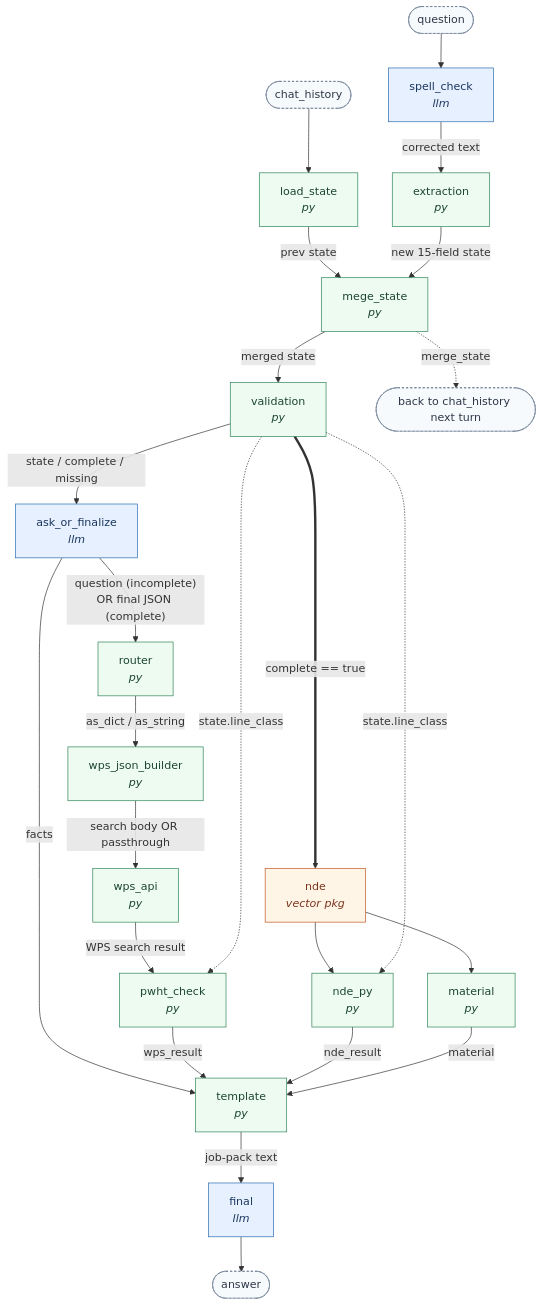
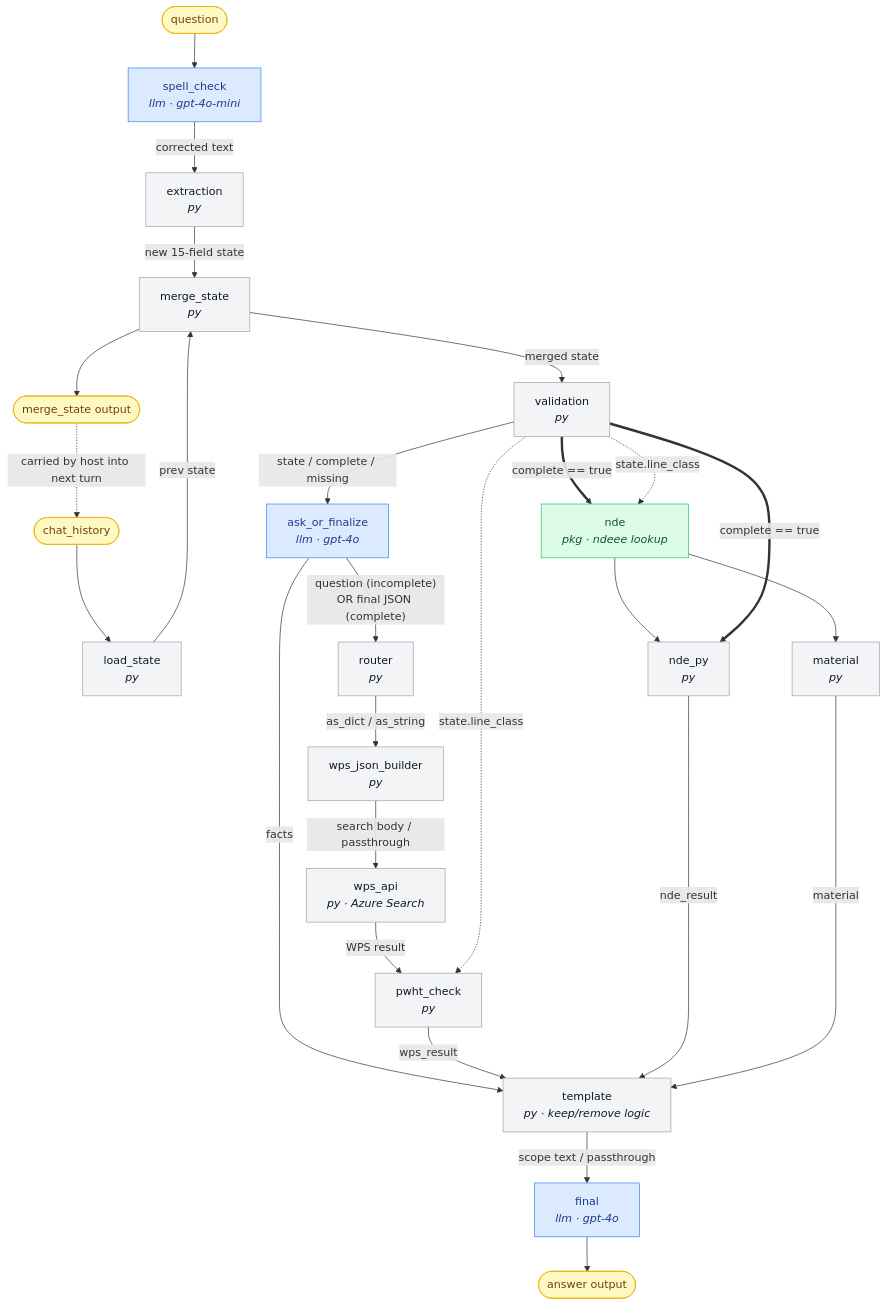
Before and after one commit to biddy1618/tco_project: the diagram in docs/flow-structure.md, drawn with Mermaid. The commit also changed other lines of this file and 20 other files, not shown here.

First line of the commit message:
Fix Azure-confirmed lookup bugs and add a VDI MAF readiness checklist.

````diff
--- a/docs/flow-structure.md
+++ b/docs/flow-structure.md
@@ -18,35 +18,40 @@
 ```mermaid
 flowchart TD
     Q([question]):::io --> SC
     CH([chat_history]):::io --> LS
 
-    SC["spell_check<br/><i>llm</i>"]:::llm -->|corrected text| EX["extraction<br/><i>py</i>"]:::py
+    SC["spell_check<br/><i>llm · gpt-4o-mini</i>"]:::llm -->|corrected text| EX["extraction<br/><i>py</i>"]:::py
     LS["load_state<br/><i>py</i>"]:::py -->|prev state| MS
-    EX -->|new 15-field state| MS["mege_state<br/><i>py</i>"]:::py
+    EX -->|new 15-field state| MS["merge_state<br/><i>py</i>"]:::py
     MS -->|merged state| VAL["validation<br/><i>py</i>"]:::py
-    VAL -->|state / complete / missing| AOF["ask_or_finalize<br/><i>llm</i>"]:::llm
+
+    VAL -->|"state / complete / missing"| AOF["ask_or_finalize<br/><i>llm · gpt-4o</i>"]:::llm
+
     AOF -->|"question (incomplete)<br/>OR final JSON (complete)"| RT["router<br/><i>py</i>"]:::py
+    AOF -->|facts| TMPL
 
     RT -->|as_dict / as_string| WJB["wps_json_builder<br/><i>py</i>"]:::py
-    WJB -->|search body OR passthrough| WAPI["wps_api<br/><i>py</i>"]:::py
-    WAPI -->|WPS search result| PWHT["pwht_check<br/><i>py</i>"]:::py
+    WJB -->|search body / passthrough| WAPI["wps_api<br/><i>py · Azure Search</i>"]:::py
+    WAPI -->|WPS result| PWHT["pwht_check<br/><i>py</i>"]:::py
     VAL -. "state.line_class" .-> PWHT
 
-    VAL == "complete == true" ==> NDE["nde<br/><i>vector pkg</i>"]:::pkg
+    VAL == "complete == true" ==> NDE["nde<br/><i>pkg · ndeee lookup</i>"]:::pkg
+    VAL -. "state.line_class" .-> NDE
     NDE --> NDEPY["nde_py<br/><i>py</i>"]:::py
     NDE --> MAT["material<br/><i>py</i>"]:::py
-    VAL -. "state.line_class" .-> NDEPY
+    VAL == "complete == true" ==> NDEPY
 
-    AOF -->|facts| TMPL["template<br/><i>py</i>"]:::py
-    PWHT -->|wps_result| TMPL
+    PWHT -->|wps_result| TMPL["template<br/><i>py · keep/remove logic</i>"]:::py
     NDEPY -->|nde_result| TMPL
     MAT -->|material| TMPL
-    TMPL -->|job-pack text| FIN["final<br/><i>llm</i>"]:::llm
-    FIN --> ANS([answer]):::io
-    MS -.->|merge_state| NEXT([back to chat_history next turn]):::io
 
-    classDef llm fill:#e6f0ff,stroke:#2b6cb0,color:#1a365d;
-    classDef py fill:#eefbf0,stroke:#2f855a,color:#1c4532;
-    classDef pkg fill:#fff5e6,stroke:#c05621,color:#7b341e;
-    classDef io fill:#f7fafc,stroke:#718096,color:#2d3748,stroke-dasharray:3 3;
+    TMPL -->|scope text / passthrough| FIN["final<br/><i>llm · gpt-4o</i>"]:::llm
+    FIN --> ANS([answer output]):::io
+    MS --> MSOUT([merge_state output]):::io
+    MSOUT -. "carried by host into next turn" .-> CH
+
+    classDef llm fill:#dbeafe,stroke:#3b82f6,color:#1e3a8a;
+    classDef py fill:#f3f4f6,stroke:#9ca3af,color:#111827;
+    classDef pkg fill:#dcfce7,stroke:#22c55e,color:#14532d;
+    classDef io fill:#fef9c3,stroke:#eab308,color:#713f12;
 ```
````
